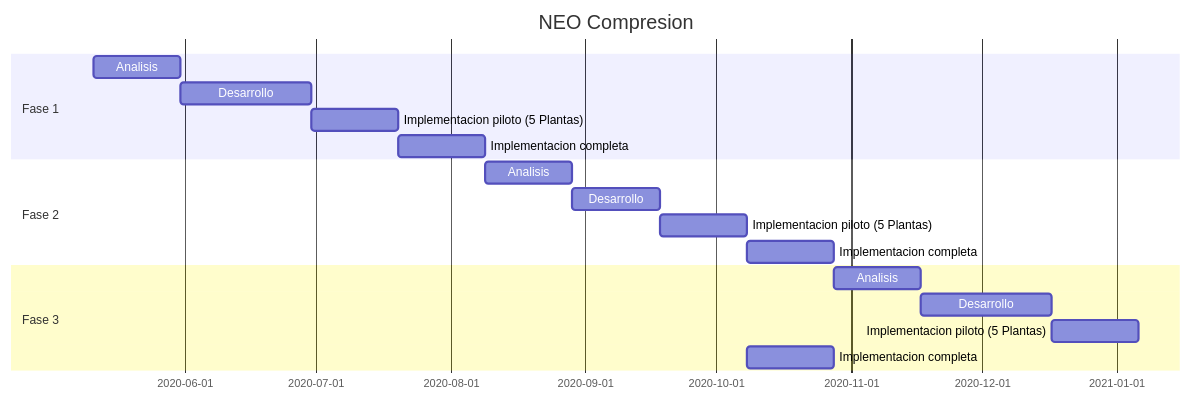
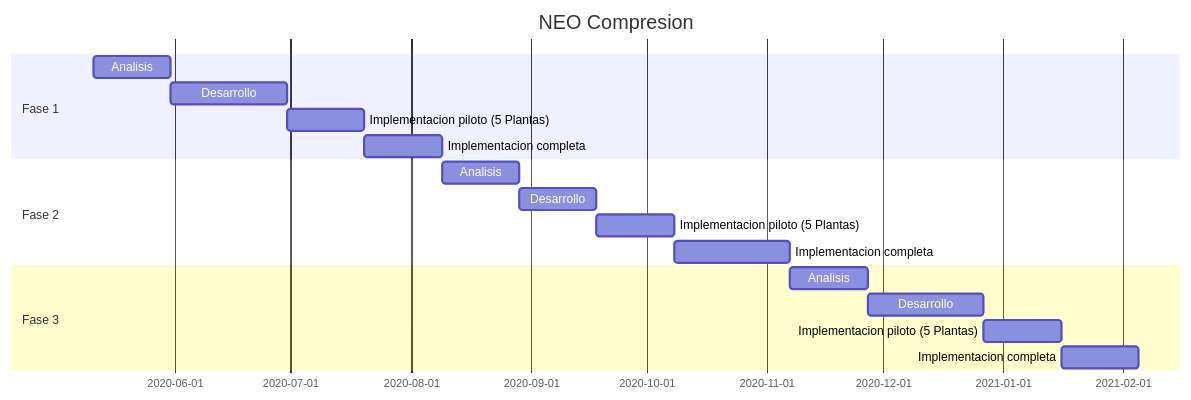
Before and after one commit to festavillo/neo-cp: the diagram in NEO - Compresion.md, drawn with Mermaid. The commit also changed other lines of this file, not shown here.

Commit message:
NEO - Compresion.md updated from https://stackedit.io/

````diff
--- a/NEO - Compresion.md
+++ b/NEO - Compresion.md
@@ -25,23 +25,23 @@
 ```mermaid
 gantt
     title NEO Compresion
     dateFormat  YYYY-MM-DD
     section Fase 1
     Analisis           :a1, 2020-05-11, 20d
     Desarrollo         :a2, after a1, 30d
     Implementacion piloto (5 Plantas)     :a3, after a2  , 20d
     Implementacion completa     :a4, after a3  , 20d
 
     section Fase 2
     Analisis           :a5, after a4 , 20d
     Desarrollo         :a6, after a5, 20d
     Implementacion piloto (5 Plantas)     :a7, after a6  , 20d
-    Implementacion completa     :a8, after a7  , 20d
+    Implementacion completa     :a8, after a7  , 30d
 
 section Fase 3
     Analisis           :a9, after a8 , 20d
     Desarrollo         :a10, after a9, 30d
     Implementacion piloto (5 Plantas)     :a11, after a10  , 20d
-    Implementacion completa     :a12, after a7  , 20d
+    Implementacion completa     :a12, after a11  , 20d
 
 ```
````
